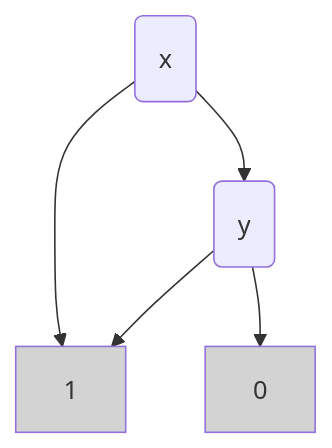
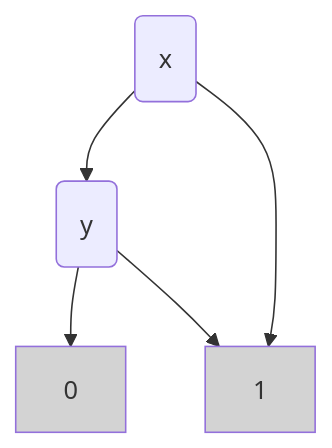
The diagram in samples/expression_bdd_mermaid/or_xy.md (Alan-Jowett/dagir), drawn with Mermaid before and after one commit. The commit also changed 86 other files, not shown here.

````diff
--- a/samples/expression_bdd_mermaid/or_xy.md
+++ b/samples/expression_bdd_mermaid/or_xy.md
@@ -1,13 +1,13 @@
 ```mermaid
 graph TB
-  node3["0"]
-  style node3 fill:lightgray
-  node4["1"]
-  style node4 fill:lightgray
-  x("x")
-  y("y")
-  x --> node4
-  x --> y
-  y --> node3
-  y --> node4
+  node000("x")
+  node001("y")
+  node002["0"]
+  style node002 fill:lightgray
+  node003["1"]
+  style node003 fill:lightgray
+  node000 --> node001
+  node000 --> node003
+  node001 --> node002
+  node001 --> node003
 ```
````
